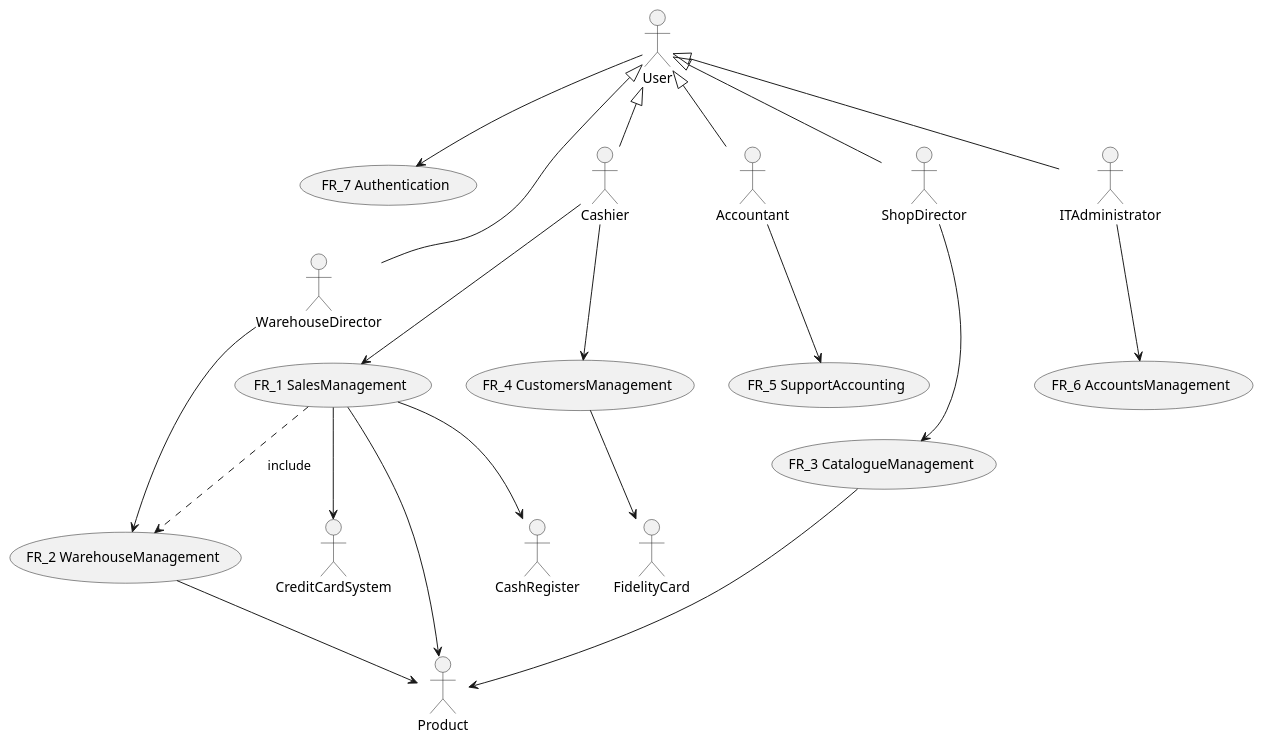
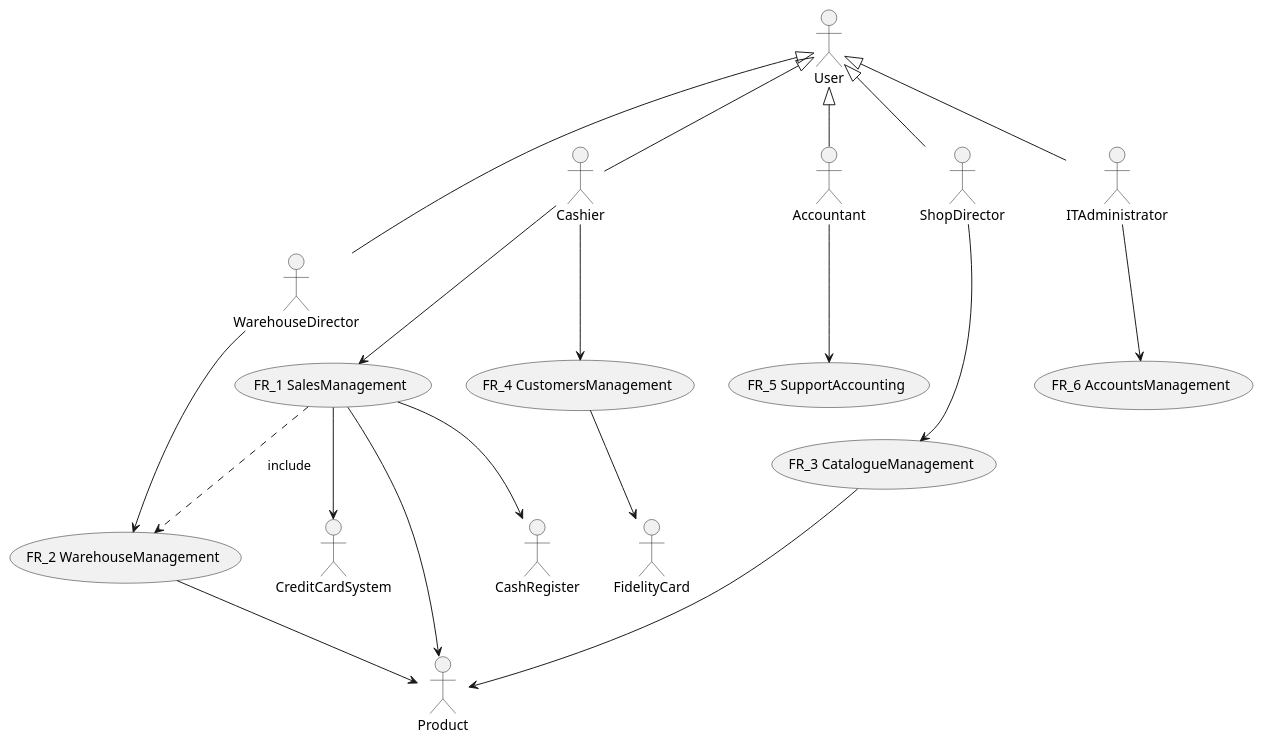
One commit to Stormz4/group20-EzShop changed the second of 11 diagrams in Deliverables/RequirementsDocument.md. Above: the diagram before and after it, drawn with PlantUML. The commit also changed other lines of this file and 1 other file, not shown here.

````diff
--- a/Deliverables/RequirementsDocument.md
+++ b/Deliverables/RequirementsDocument.md
@@ -214,35 +208,33 @@
 ```plantuml
 @startuml
 
 usecase (FR_1 SalesManagement)
 usecase (FR_2 WarehouseManagement)
 usecase (FR_3 CatalogueManagement)
 usecase (FR_4 CustomersManagement)
 usecase (FR_5 SupportAccounting)
 usecase (FR_6 AccountsManagement)
-usecase (FR_7 Authentication)
 
 User <|-- Cashier
 User <|-- WarehouseDirector
 User <|-- Accountant
 User <|-- ShopDirector
 User <|-- ITAdministrator
 
 Cashier --> (FR_1 SalesManagement)
 WarehouseDirector --> (FR_2 WarehouseManagement)
 ShopDirector --> (FR_3 CatalogueManagement)
 Cashier --> (FR_4 CustomersManagement)
 Accountant --> (FR_5 SupportAccounting)
 ITAdministrator --> (FR_6 AccountsManagement)
-User --> (FR_7 Authentication)
 
 (FR_1 SalesManagement) --> Product
 (FR_2 WarehouseManagement) --> Product
 (FR_3 CatalogueManagement) --> Product
 (FR_1 SalesManagement) ..> (FR_2 WarehouseManagement) : include
 
 (FR_4 CustomersManagement) --> FidelityCard
 (FR_1 SalesManagement) --> CashRegister
 (FR_1 SalesManagement) --> CreditCardSystem
 @enduml
 ```
````
